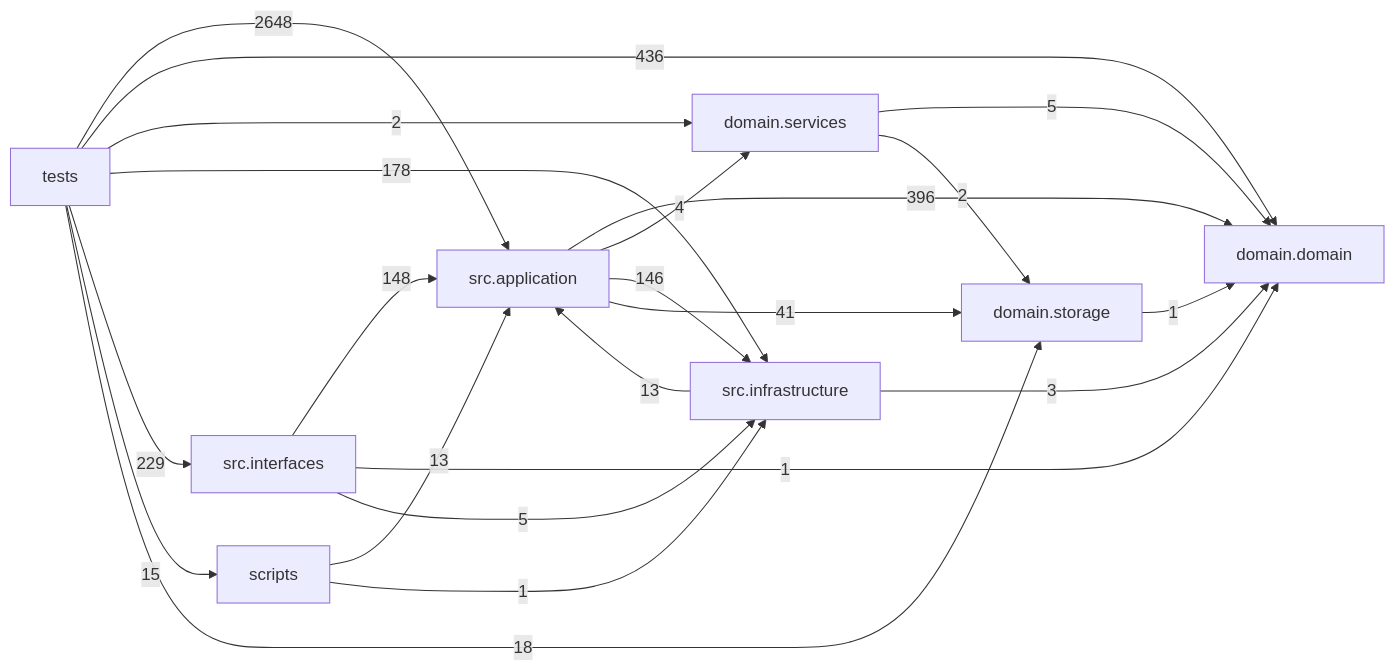
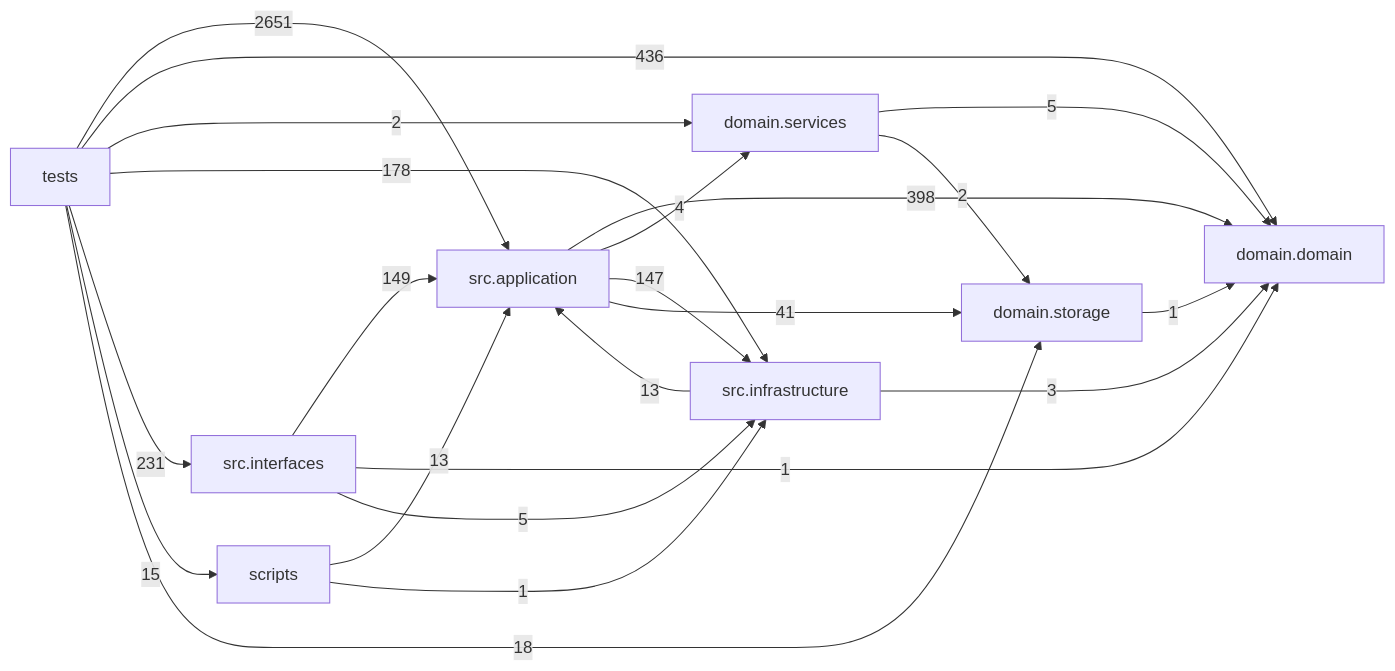
One commit to liuxie066/options-monitor changed the diagram in docs/DEPENDENCY_GRAPH.md. Above: the diagram before and after it, drawn with Mermaid. The commit also changed other lines of this file and 6 other files, not shown here.

````diff
--- a/docs/DEPENDENCY_GRAPH.md
+++ b/docs/DEPENDENCY_GRAPH.md
@@ -24,32 +24,32 @@
 ```mermaid
 flowchart LR
   tests["tests"]
   scripts["scripts"]
   interfaces["src.interfaces"]
   application["src.application"]
   infrastructure["src.infrastructure"]
   domain_services["domain.services"]
   domain["domain.domain"]
   storage["domain.storage"]
-  application -->|396| domain
+  application -->|398| domain
   application -->|4| domain_services
-  application -->|146| infrastructure
+  application -->|147| infrastructure
   application -->|41| storage
   domain_services -->|5| domain
   domain_services -->|2| storage
   infrastructure -->|13| application
   infrastructure -->|3| domain
-  interfaces -->|148| application
+  interfaces -->|149| application
   interfaces -->|1| domain
   interfaces -->|5| infrastructure
   scripts -->|13| application
   scripts -->|1| infrastructure
   storage -->|1| domain
-  tests -->|2648| application
+  tests -->|2651| application
   tests -->|436| domain
   tests -->|2| domain_services
   tests -->|178| infrastructure
-  tests -->|229| interfaces
+  tests -->|231| interfaces
   tests -->|15| scripts
   tests -->|18| storage
 ```
````
